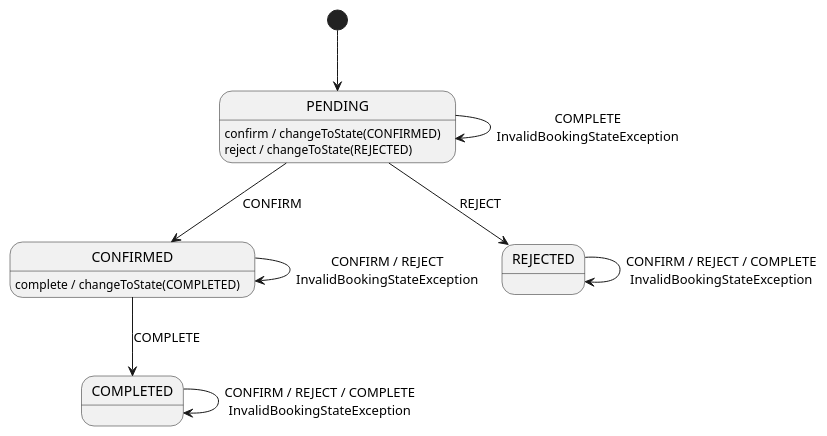
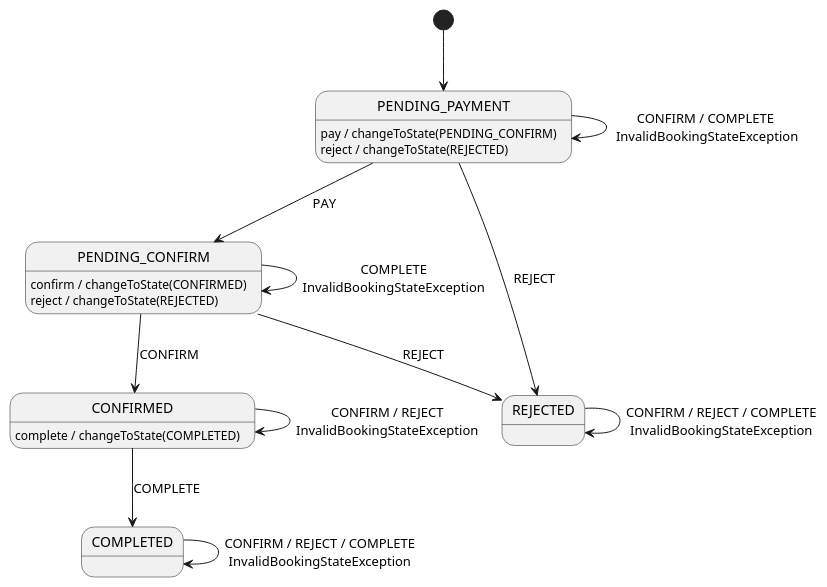
Before and after one commit to GiuEliNo/JustIT: the diagram in doc/state/statemachine_booking.plantuml, drawn with PlantUML. The commit also changed 6 other files, not shown here.

Commit message:
Aggiornati i diagrammi VOPC e dei pattern Observer, State e Singleton

```diff
--- a/doc/state/statemachine_booking.plantuml
+++ b/doc/state/statemachine_booking.plantuml
@@ -1,28 +1,34 @@
 @startuml
 
-[*] --> PENDING
+[*] --> PENDING_PAYMENT
 
-state PENDING : confirm / changeToState(CONFIRMED)
+state PENDING_PAYMENT : pay / changeToState(PENDING_CONFIRM)
 
-state PENDING : reject / changeToState(REJECTED)
+state PENDING_PAYMENT : reject / changeToState(REJECTED)
+
+state PENDING_CONFIRM : confirm / changeToState(CONFIRMED)
+
+state PENDING_CONFIRM : reject / changeToState(REJECTED)
 
 state CONFIRMED : complete / changeToState(COMPLETED)
 
 state REJECTED
 
 state COMPLETED
-
-PENDING --> CONFIRMED : CONFIRM
-PENDING --> REJECTED : REJECT
+PENDING_PAYMENT --> PENDING_CONFIRM : PAY
+PENDING_PAYMENT --> PENDING_PAYMENT : CONFIRM / COMPLETE\n InvalidBookingStateException
+PENDING_PAYMENT --> REJECTED : REJECT
+PENDING_CONFIRM --> CONFIRMED : CONFIRM
+PENDING_CONFIRM --> REJECTED : REJECT
 
 CONFIRMED --> COMPLETED : COMPLETE
 
-PENDING --> PENDING : COMPLETE\nInvalidBookingStateException
+PENDING_CONFIRM --> PENDING_CONFIRM : COMPLETE\nInvalidBookingStateException
 
 CONFIRMED --> CONFIRMED : CONFIRM / REJECT\nInvalidBookingStateException
 
 REJECTED --> REJECTED : CONFIRM / REJECT / COMPLETE\nInvalidBookingStateException
 
 COMPLETED --> COMPLETED : CONFIRM / REJECT / COMPLETE\nInvalidBookingStateException
 
 @enduml
```
